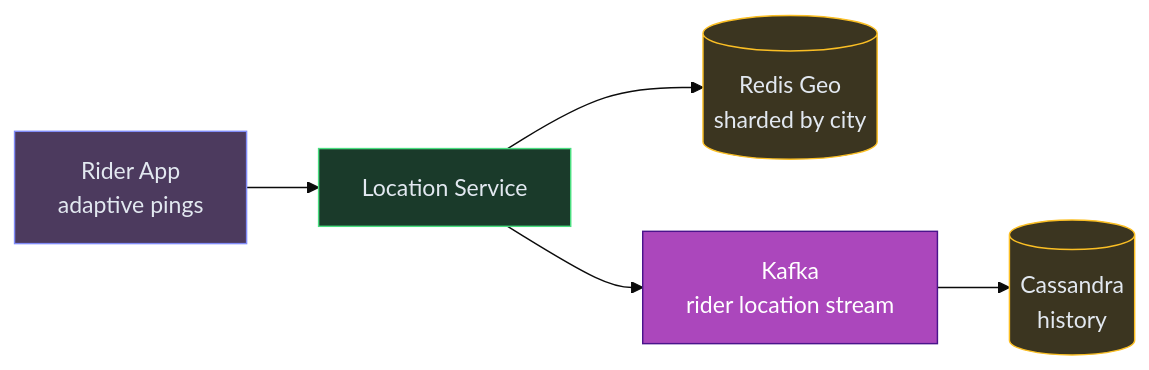
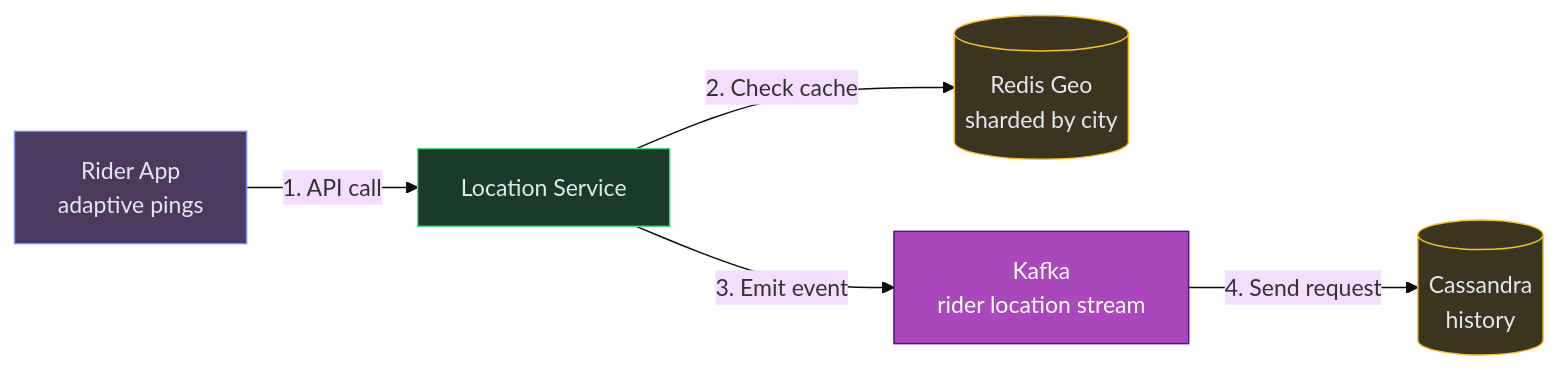
The fifth of 12 diagrams in content/hld/Zomato.md (iluzn/HLD-Designs), drawn with Mermaid (base theme) before and after one commit. The commit also changed other lines of this file and 27 other files, not shown here.

````diff
--- a/content/hld/Zomato.md
+++ b/content/hld/Zomato.md
@@ -319,18 +319,18 @@
 ```mermaid
 flowchart LR
     RIDER["Rider App<br/>adaptive pings"]:::client
     LOC["Location Service"]:::service
     GEO[("Redis Geo<br/>sharded by city")]:::data
     K["Kafka<br/>rider location stream"]:::async
     DW[("Cassandra<br/>history")]:::data
 
-    RIDER --> LOC
-    LOC --> GEO
-    LOC --> K
-    K --> DW
+    RIDER -->|"1. API call"| LOC
+    LOC -->|"2. Check cache"| GEO
+    LOC -->|"3. Emit event"| K
+    K -->|"4. Send request"| DW
 
     classDef client fill:#4c3a5e,stroke:#818cf8,color:#e2e8f0
     classDef service fill:#1a3a2a,stroke:#4ade80,color:#e2e8f0
     classDef async fill:#AB47BC,stroke:#4A148C,color:#fff
     classDef data fill:#3b3520,stroke:#fbbf24,color:#e2e8f0
 ```
````
